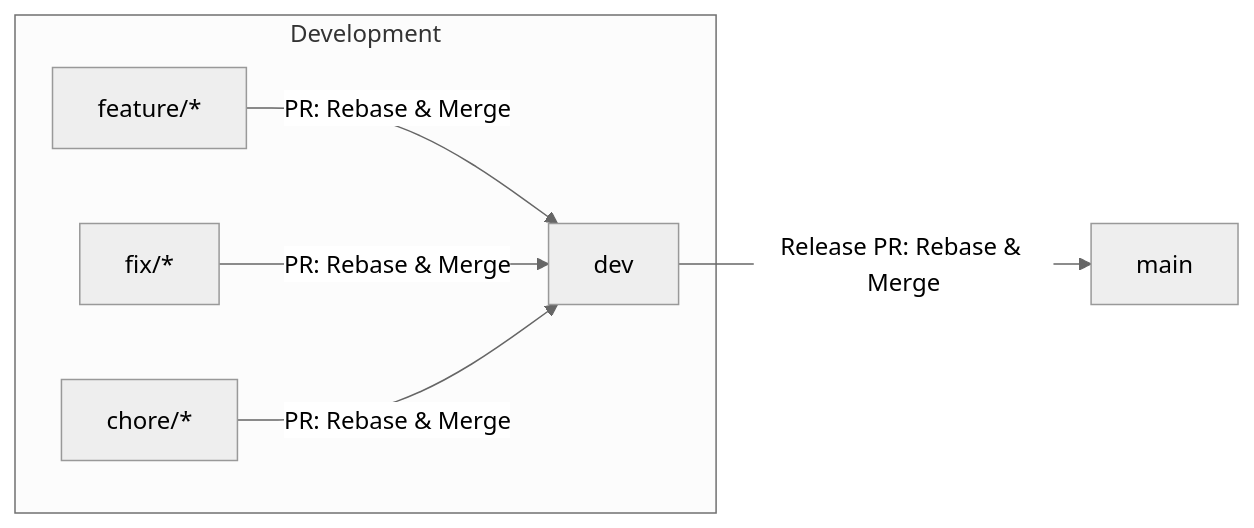
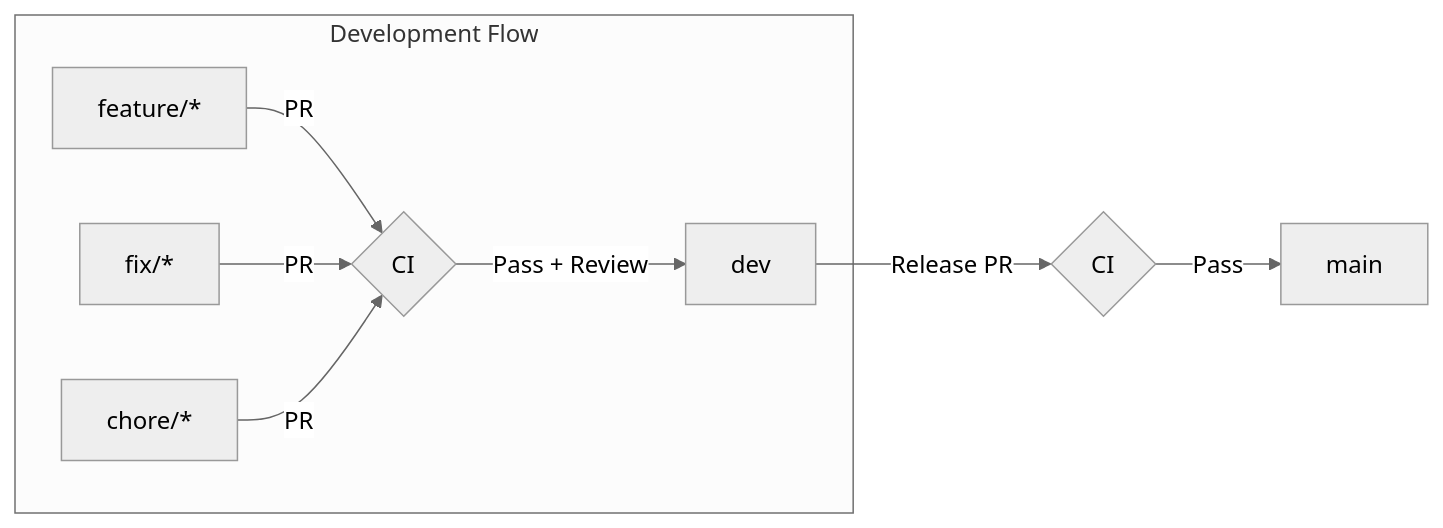
The diagram in docs/branching-strategy.md (Eduardo-YGIAH/Eduardo-Neto-2025-26), drawn with Mermaid (neutral theme) before and after one commit. The commit also changed other lines of this file and 1 other file, not shown here.

First line of the commit message:
docs: improve git workflow documentation per PR review

````diff
--- a/docs/branching-strategy.md
+++ b/docs/branching-strategy.md
@@ -72,9 +72,11 @@
 ```mermaid
 flowchart LR
-    subgraph Development
-        F1[feature/*] -->|PR: Rebase & Merge| D[dev]
-        F2[fix/*] -->|PR: Rebase & Merge| D
-        F3[chore/*] -->|PR: Rebase & Merge| D
+    subgraph Development [Development Flow]
+        F1[feature/*] -->|PR| CI1{CI}
+        F2[fix/*] -->|PR| CI1
+        F3[chore/*] -->|PR| CI1
+        CI1 -->|Pass + Review| D[dev]
     end
-    D -->|Release PR: Rebase & Merge| M[main]
+    D -->|Release PR| CI2{CI}
+    CI2 -->|Pass| M[main]
 ```
````
